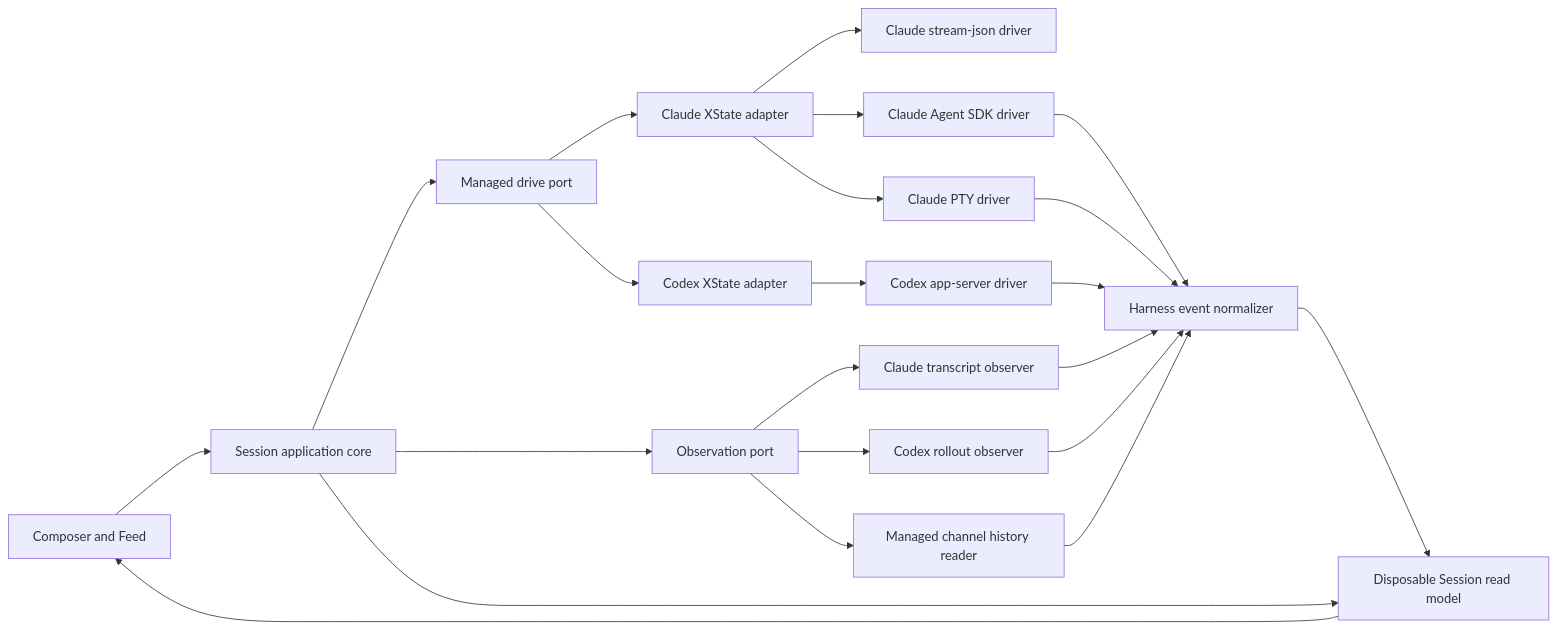
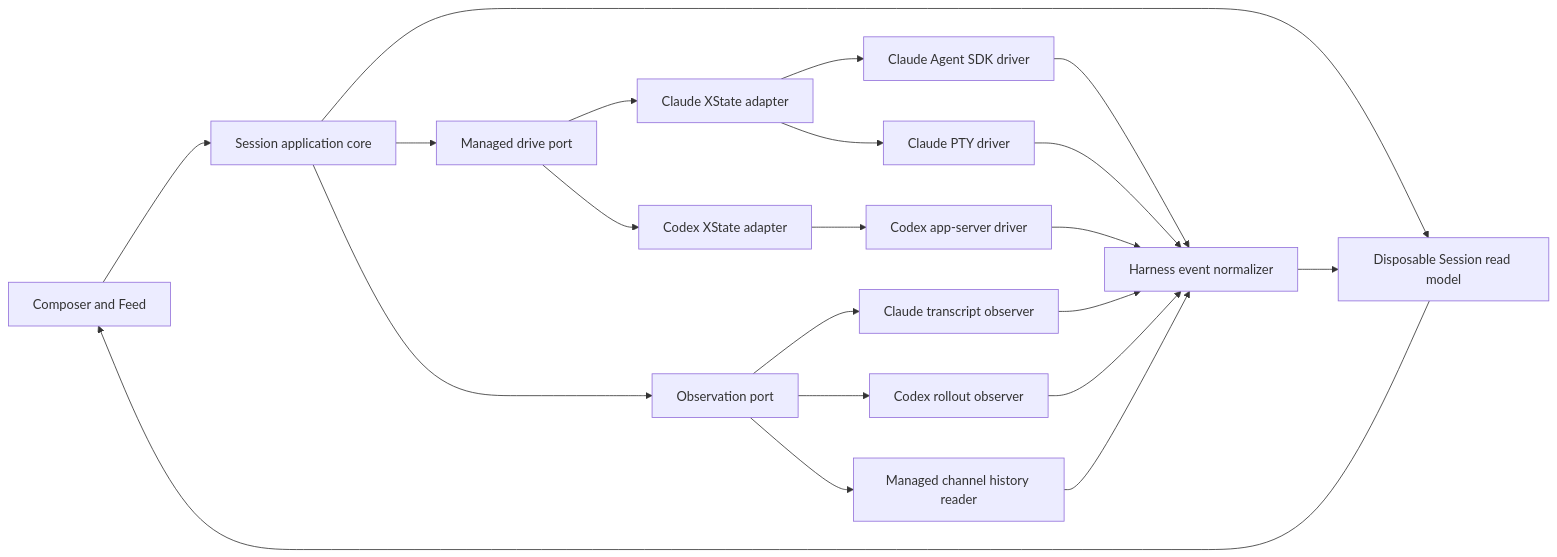
Before and after one commit to milad-alizadeh/argo: the second of 2 diagrams in docs/research/2026-09-21-session-connection-architecture-direction.md, drawn with Mermaid. The commit also changed other lines of this file, not shown here.

Commit message:
docs: choose Claude SDK with PTY fallback

````diff
--- a/docs/research/2026-09-21-session-connection-architecture-direction.md
+++ b/docs/research/2026-09-21-session-connection-architecture-direction.md
@@ -279,28 +280,27 @@
 ```mermaid
 flowchart LR
     UI[Composer and Feed] --> CORE[Session application core]
     CORE --> DRIVE[Managed drive port]
     CORE --> OBSERVE[Observation port]
     CORE --> MODEL[Disposable Session read model]
 
     DRIVE --> CMACHINE[Claude XState adapter]
     DRIVE --> XMACHINE[Codex XState adapter]
 
-    CMACHINE --> CCLI[Claude stream-json driver]
     CMACHINE --> CSDK[Claude Agent SDK driver]
     CMACHINE --> CPTY[Claude PTY driver]
     XMACHINE --> CODEX[Codex app-server driver]
 
     OBSERVE --> CTRANSCRIPT[Claude transcript observer]
     OBSERVE --> CROLLOUT[Codex rollout observer]
     OBSERVE --> CHISTORY[Managed channel history reader]
 
     CSDK --> NORMALIZE[Harness event normalizer]
     CPTY --> NORMALIZE
     CODEX --> NORMALIZE
     CTRANSCRIPT --> NORMALIZE
     CROLLOUT --> NORMALIZE
     CHISTORY --> NORMALIZE
     NORMALIZE --> MODEL
     MODEL --> UI
 ```
````
